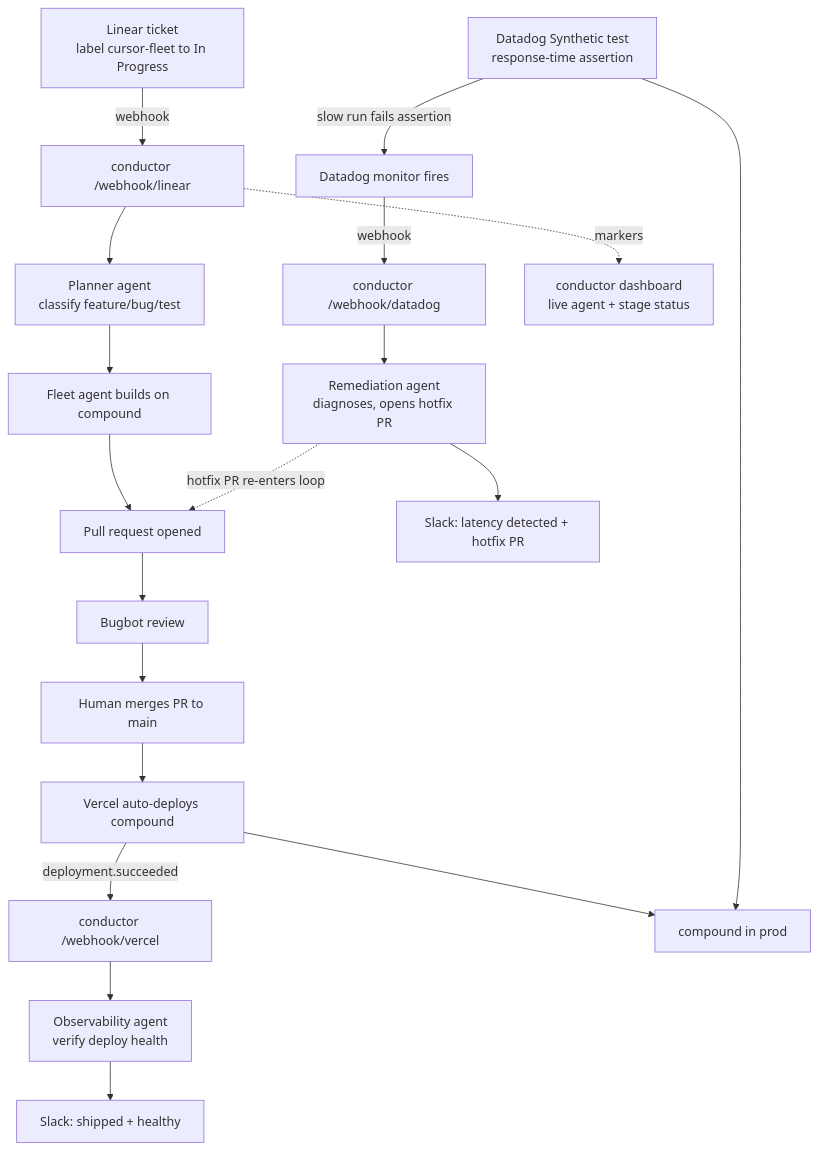
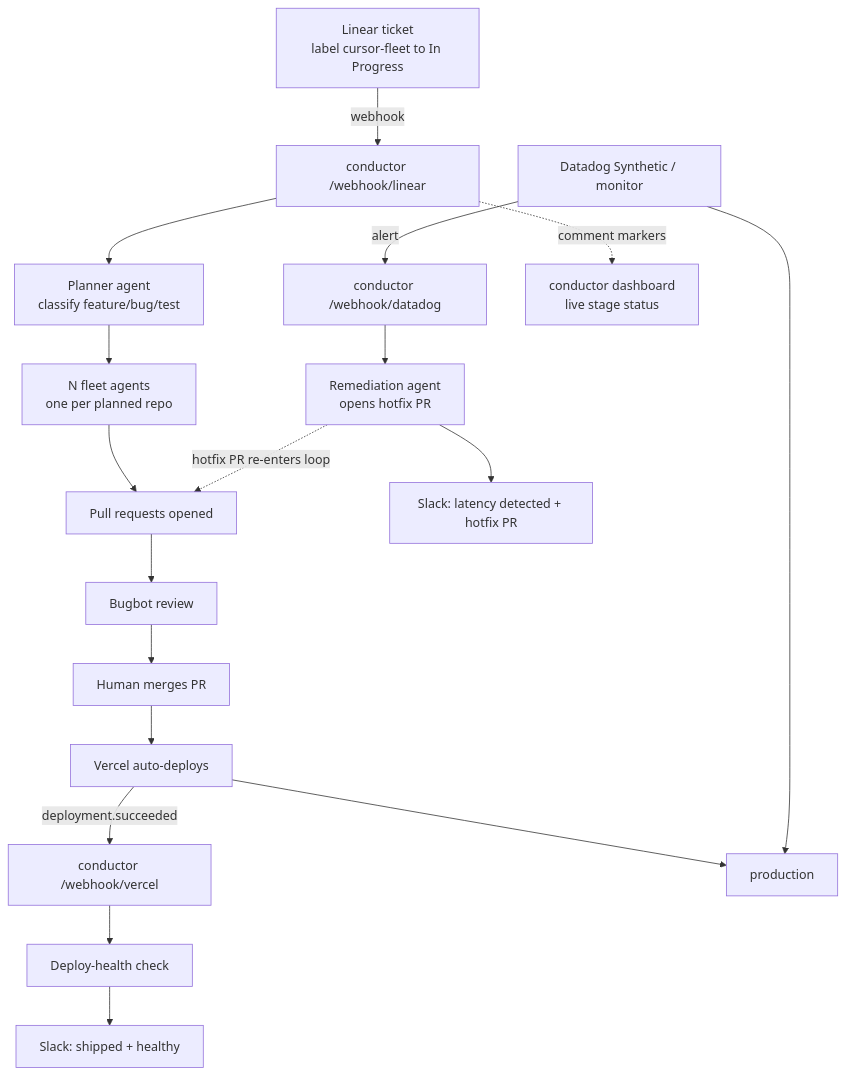
One commit to hsaab/conductor changed the diagram in README.md. Above: the diagram before and after it, drawn with Mermaid. The commit also changed other lines of this file and 10 other files, not shown here.

````diff
--- a/README.md
+++ b/README.md
@@ -9,21 +16,20 @@
 ```mermaid
 flowchart TD
   Ticket["Linear ticket<br/>label cursor-fleet to In Progress"] -->|webhook| Linear["conductor /webhook/linear"]
   Linear --> Planner["Planner agent<br/>classify feature/bug/test"]
-  Planner --> Fleet["Fleet agent builds on compound"]
-  Fleet --> PR["Pull request opened"]
+  Planner --> Fleet["N fleet agents<br/>one per planned repo"]
+  Fleet --> PR["Pull requests opened"]
   PR --> Bugbot["Bugbot review"]
-  Bugbot --> Merge["Human merges PR to main"]
-  Merge --> Vercel["Vercel auto-deploys compound"]
+  Bugbot --> Merge["Human merges PR"]
+  Merge --> Vercel["Vercel auto-deploys"]
   Vercel -->|deployment.succeeded| VHook["conductor /webhook/vercel"]
-  VHook --> Obs["Observability agent<br/>verify deploy health"]
+  VHook --> Obs["Deploy-health check"]
   Obs --> Slack1["Slack: shipped + healthy"]
-  Vercel --> Prod["compound in prod"]
-  Synthetic["Datadog Synthetic test<br/>response-time assertion"] --> Prod
-  Synthetic -->|slow run fails assertion| Monitor["Datadog monitor fires"]
-  Monitor -->|webhook| DHook["conductor /webhook/datadog"]
-  DHook --> Remediate["Remediation agent<br/>diagnoses, opens hotfix PR"]
+  Vercel --> Prod["production"]
+  Synthetic["Datadog Synthetic / monitor"] --> Prod
+  Synthetic -->|alert| DHook["conductor /webhook/datadog"]
+  DHook --> Remediate["Remediation agent<br/>opens hotfix PR"]
   Remediate --> Slack2["Slack: latency detected + hotfix PR"]
   Remediate -.->|hotfix PR re-enters loop| PR
-  Linear -.->|markers| Board["conductor dashboard<br/>live agent + stage status"]
+  Linear -.->|comment markers| Board["conductor dashboard<br/>live stage status"]
 ```
````
